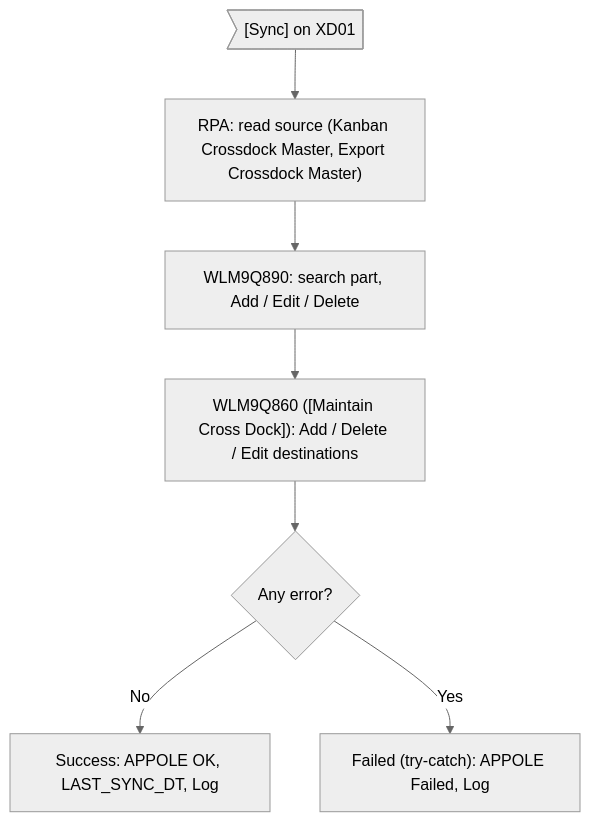
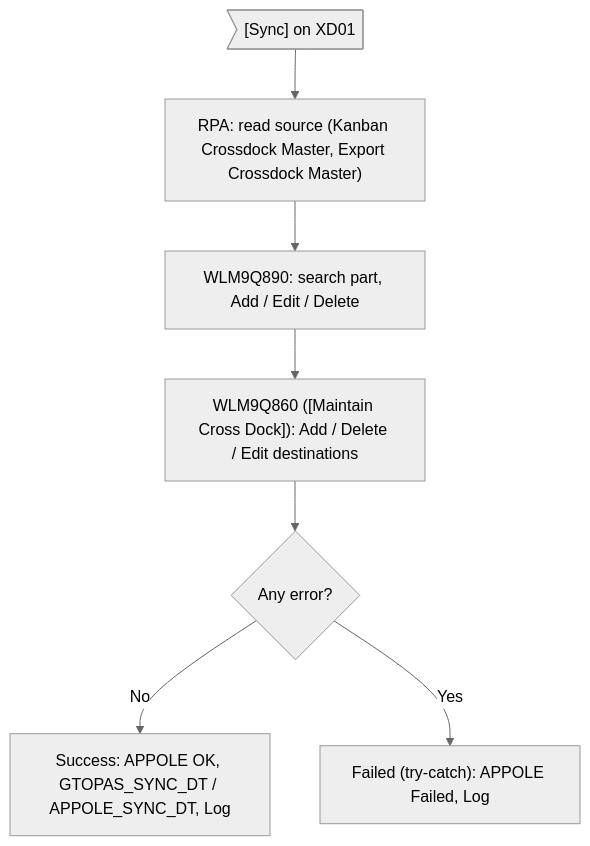
Before and after one commit to ivanrayhannn/crossdockpoc: the first of 2 diagrams in prepare_code/uiss/XD07_Batch_IFCrossDockMasterToAPPOLE.md, drawn with Mermaid (neutral theme). The commit also changed other lines of this file and 84 other files, not shown here.

````diff
--- a/prepare_code/uiss/XD07_Batch_IFCrossDockMasterToAPPOLE.md
+++ b/prepare_code/uiss/XD07_Batch_IFCrossDockMasterToAPPOLE.md
@@ -33,16 +34,16 @@
 ```mermaid
 flowchart TB
   a>"[Sync] on XD01"]
   b["RPA: read source (Kanban Crossdock Master, Export Crossdock Master)"]
   c["WLM9Q890: search part, Add / Edit / Delete"]
   d["WLM9Q860 ([Maintain Cross Dock]): Add / Delete / Edit destinations"]
   e{"Any error?"}
-  f["Success: APPOLE OK, LAST_SYNC_DT, Log"]
+  f["Success: APPOLE OK, GTOPAS_SYNC_DT / APPOLE_SYNC_DT, Log"]
   h["Failed (try-catch): APPOLE Failed, Log"]
   a --> b
   b --> c
   c --> d
   d --> e
   e -->|No| f
   e -->|Yes| h
 ```
````
